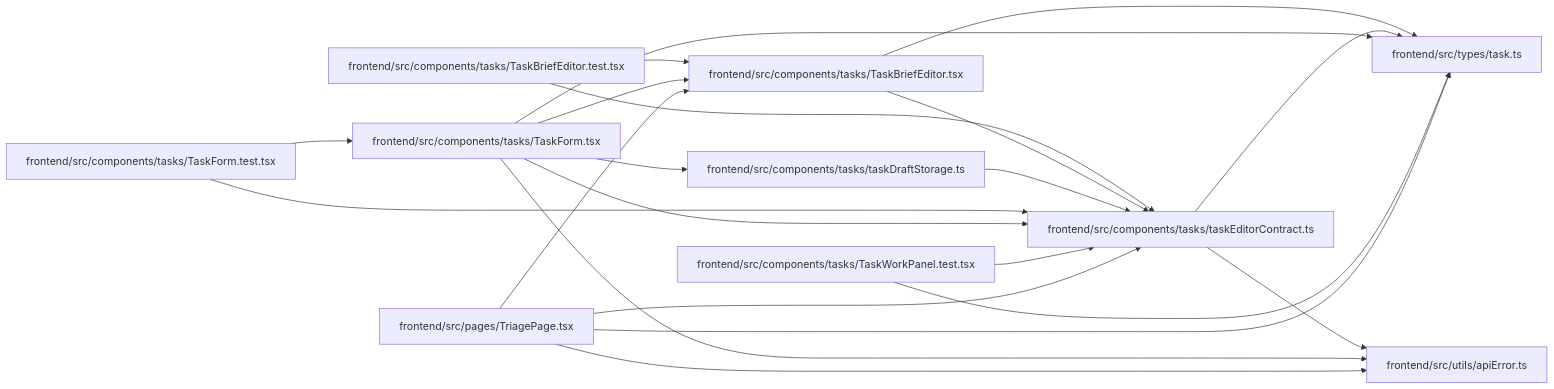
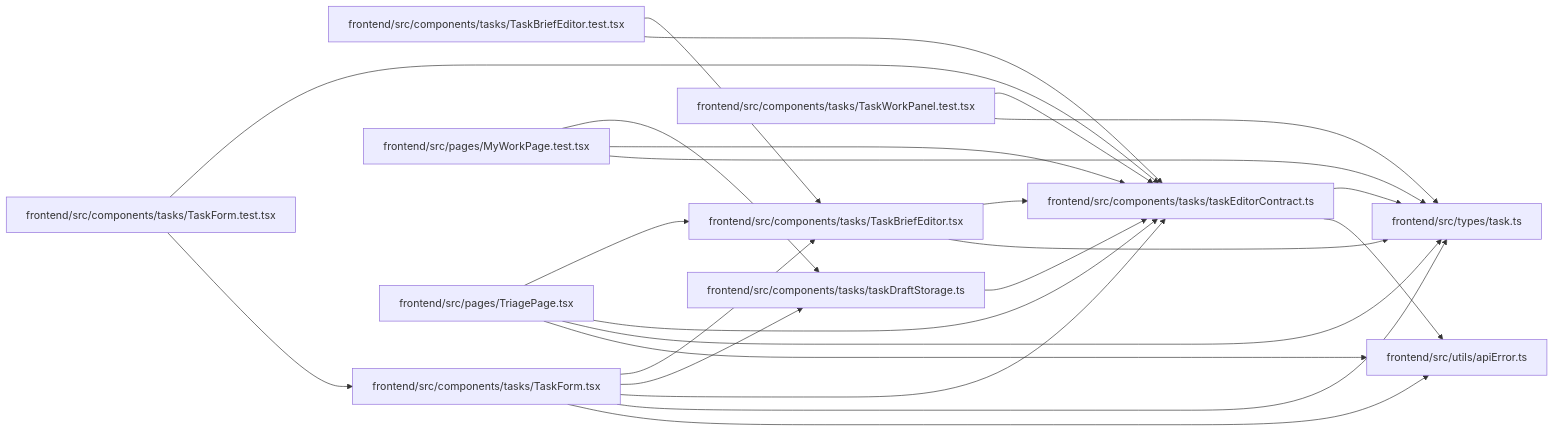
One commit to Denissvgn/WorkChord changed the diagram in docs/llm_wiki/modules/taskEditorContract.md. Above: the diagram before and after it, drawn with Mermaid. The commit also changed other lines of this file and 10148 other files, not shown here.

````diff
--- a/docs/llm_wiki/modules/taskEditorContract.md
+++ b/docs/llm_wiki/modules/taskEditorContract.md
@@ -26,43 +26,48 @@
 ```mermaid
 flowchart LR
     n0["frontend/src/components/tasks/TaskBriefEditor.test.tsx"]
     n1["frontend/src/components/tasks/TaskBriefEditor.tsx"]
     n2["frontend/src/components/tasks/taskDraftStorage.ts"]
     n3["frontend/src/components/tasks/taskEditorContract.ts"]
     n4["frontend/src/components/tasks/TaskForm.test.tsx"]
     n5["frontend/src/components/tasks/TaskForm.tsx"]
     n6["frontend/src/components/tasks/TaskWorkPanel.test.tsx"]
-    n7["frontend/src/pages/TriagePage.tsx"]
-    n8["frontend/src/types/task.ts"]
-    n9["frontend/src/utils/apiError.ts"]
+    n7["frontend/src/pages/MyWorkPage.test.tsx"]
+    n8["frontend/src/pages/TriagePage.tsx"]
+    n9["frontend/src/types/task.ts"]
+    n10["frontend/src/utils/apiError.ts"]
     n0 --> n1
     n0 --> n3
     n1 --> n3
-    n1 --> n8
+    n1 --> n9
     n2 --> n3
-    n3 --> n8
     n3 --> n9
+    n3 --> n10
     n4 --> n3
     n4 --> n5
     n5 --> n1
     n5 --> n2
     n5 --> n3
-    n5 --> n8
     n5 --> n9
+    n5 --> n10
     n6 --> n3
-    n6 --> n8
-    n7 --> n1
+    n6 --> n9
+    n7 --> n2
     n7 --> n3
-    n7 --> n8
     n7 --> n9
+    n8 --> n1
+    n8 --> n3
+    n8 --> n9
+    n8 --> n10
     click n0 "../modules/TaskBriefEditor.test.md"
     click n1 "../modules/TaskBriefEditor.md"
     click n2 "../modules/taskDraftStorage.md"
     click n3 "../modules/taskEditorContract.md"
     click n4 "../modules/TaskForm.test.md"
     click n5 "../modules/TaskForm.md"
     click n6 "../modules/TaskWorkPanel.test.md"
-    click n7 "../modules/TriagePage.md"
-    click n8 "../modules/types_task.md"
-    click n9 "../modules/apiError.md"
+    click n7 "../modules/MyWorkPage.test.md"
+    click n8 "../modules/TriagePage.md"
+    click n9 "../modules/types_task.md"
+    click n10 "../modules/apiError.md"
 ```
````
